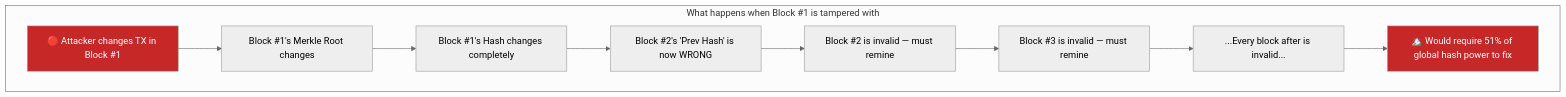
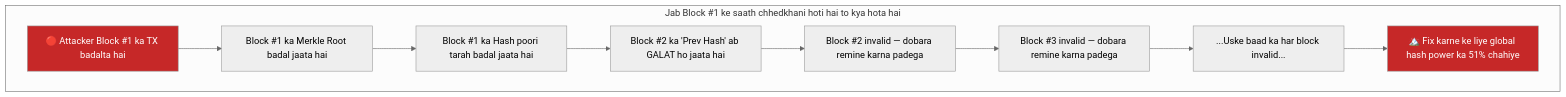
Before and after one commit to Siddesh-Pansare93/dev-notes: the fourth of 5 diagrams in web3/blockchain-fundamentals/02-how-blocks-work.md, drawn with Mermaid (neutral theme). The commit also changed other lines of this file and 248 other files, not shown here.

````diff
--- a/web3/blockchain-fundamentals/02-how-blocks-work.md
+++ b/web3/blockchain-fundamentals/02-how-blocks-work.md
@@ -277,14 +277,14 @@
 ```mermaid
 graph TB
-    subgraph "What happens when Block #1 is tampered with"
-        A["🔴 Attacker changes TX in Block #1"] --> B["Block #1's Merkle Root changes"]
-        B --> C["Block #1's Hash changes completely"]
-        C --> D["Block #2's 'Prev Hash' is now WRONG"]
-        D --> E["Block #2 is invalid — must remine"]
-        E --> F["Block #3 is invalid — must remine"]
-        F --> G["...Every block after is invalid..."]
-        G --> H["🏔️ Would require 51% of global hash power to fix"]
+    subgraph "Jab Block #1 ke saath chhedkhani hoti hai to kya hota hai"
+        A["🔴 Attacker Block #1 ka TX badalta hai"] --> B["Block #1 ka Merkle Root badal jaata hai"]
+        B --> C["Block #1 ka Hash poori tarah badal jaata hai"]
+        C --> D["Block #2 ka 'Prev Hash' ab GALAT ho jaata hai"]
+        D --> E["Block #2 invalid — dobara remine karna padega"]
+        E --> F["Block #3 invalid — dobara remine karna padega"]
+        F --> G["...Uske baad ka har block invalid..."]
+        G --> H["🏔️ Fix karne ke liye global hash power ka 51% chahiye"]
     end
     style A fill:#c62828,color:#fff
     style H fill:#c62828,color:#fff
 ```
````
